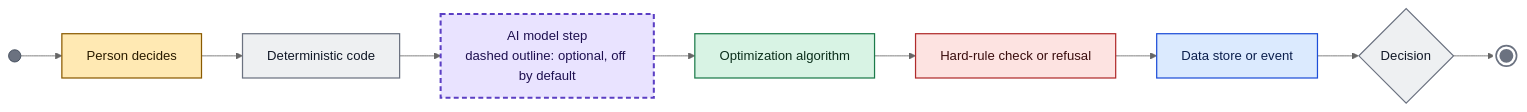
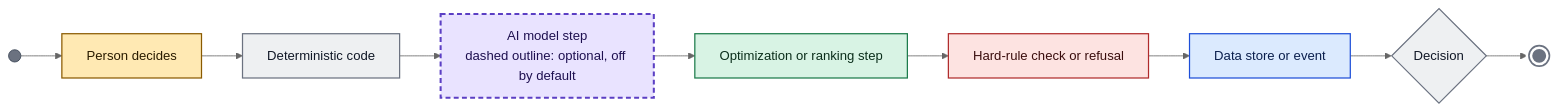
One commit to emre-akarsu/ai-commerce-ideas changed the first of 33 diagrams in docs/architecture/activity-diagrams.md. Above: the diagram before and after it, drawn with Mermaid (neutral theme). The commit also changed other lines of this file, not shown here.

First line of the commit message:
docs: correct the activity diagrams after an independent fact-check of the remaining modules and optimizations

````diff
--- a/docs/architecture/activity-diagrams.md
+++ b/docs/architecture/activity-diagrams.md
@@ -9,21 +9,21 @@
 ```mermaid
 
 flowchart LR
 classDef human fill:#ffe9b3,stroke:#8a5a00,color:#2a1c00,stroke-width:1.5px
 classDef rule fill:#eef0f2,stroke:#6b7280,color:#111827,stroke-width:1.5px
 classDef ai fill:#e9e3ff,stroke:#5b3fc4,color:#1e1050,stroke-width:2.5px,stroke-dasharray:6 4
 classDef opt fill:#d8f3e4,stroke:#1b7a4a,color:#0b2e1b,stroke-width:1.5px
 classDef gate fill:#fde3e1,stroke:#b02b2b,color:#3a0d0d,stroke-width:1.5px
 classDef data fill:#dbeafe,stroke:#1d4ed8,color:#0b1f4d,stroke-width:1.5px
 classDef bar fill:#6b7280,stroke:#374151,color:#ffffff
 classDef fin fill:#6b7280,stroke:#ffffff,color:#ffffff,stroke-width:3px
 s((" ")):::bar --> h["Person decides"]:::human
 h --> r["Deterministic code"]:::rule
 r --> a["AI model step<br/>dashed outline: optional, off by default"]:::ai
-a --> o["Optimization algorithm"]:::opt
+a --> o["Optimization or ranking step"]:::opt
 o --> g["Hard-rule check or refusal"]:::gate
 g --> d["Data store or event"]:::data
 d --> q{"Decision"}:::rule
 q --> e(((" "))):::fin
 
 ```
````
